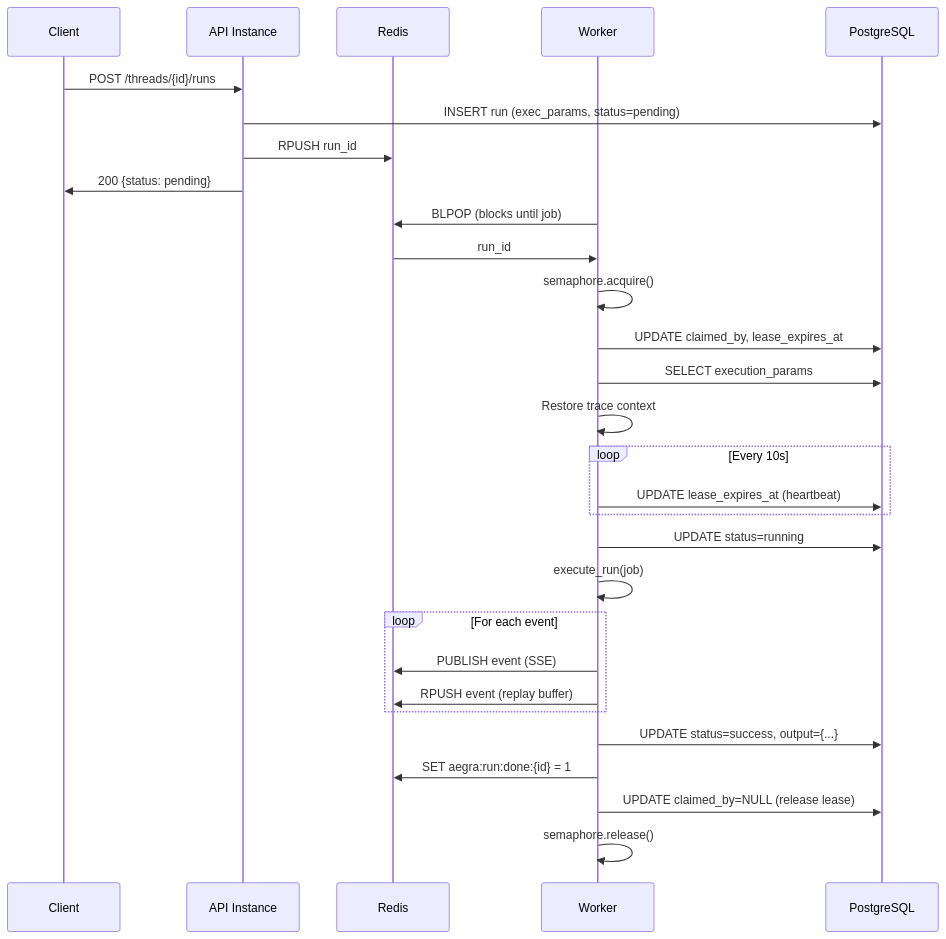
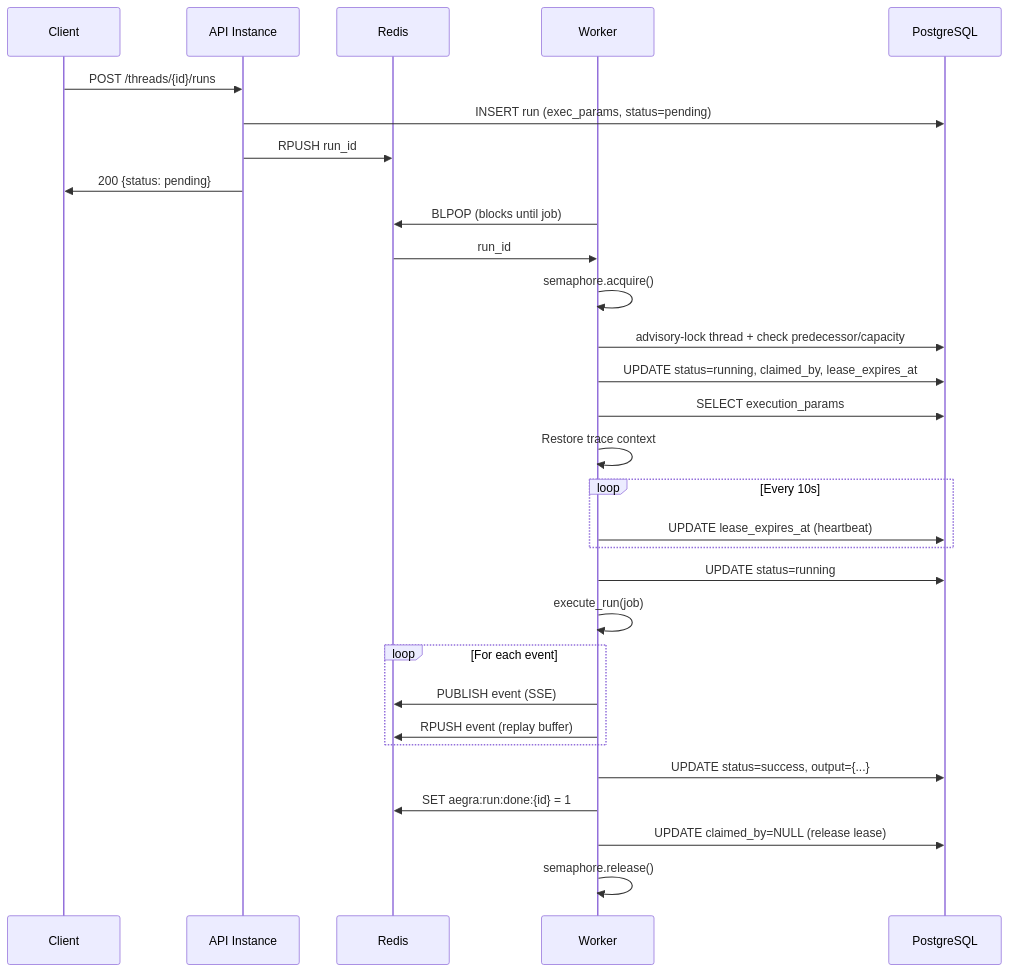
Before and after one commit to Z360BIZ-LLC/aegra: the third of 6 diagrams in docs/guides/worker-architecture.mdx, drawn with Mermaid. The commit also changed other lines of this file and 6 other files, not shown here.

````diff
--- a/docs/guides/worker-architecture.mdx
+++ b/docs/guides/worker-architecture.mdx
@@ -99,37 +141,38 @@
 ```mermaid
 sequenceDiagram
     participant C as Client
     participant API as API Instance
     participant R as Redis
     participant W as Worker
     participant PG as PostgreSQL
 
     C->>API: POST /threads/{id}/runs
     API->>PG: INSERT run (exec_params, status=pending)
     API->>R: RPUSH run_id
     API->>C: 200 {status: pending}
 
     W->>R: BLPOP (blocks until job)
     R->>W: run_id
     W->>W: semaphore.acquire()
-    W->>PG: UPDATE claimed_by, lease_expires_at
+    W->>PG: advisory-lock thread + check predecessor/capacity
+    W->>PG: UPDATE status=running, claimed_by, lease_expires_at
     W->>PG: SELECT execution_params
     W->>W: Restore trace context
 
     loop Every 10s
         W->>PG: UPDATE lease_expires_at (heartbeat)
     end
 
     W->>PG: UPDATE status=running
     W->>W: execute_run(job)
 
     loop For each event
         W->>R: PUBLISH event (SSE)
         W->>R: RPUSH event (replay buffer)
     end
 
     W->>PG: UPDATE status=success, output={...}
     W->>R: SET aegra:run:done:{id} = 1
     W->>PG: UPDATE claimed_by=NULL (release lease)
     W->>W: semaphore.release()
 ```
````
